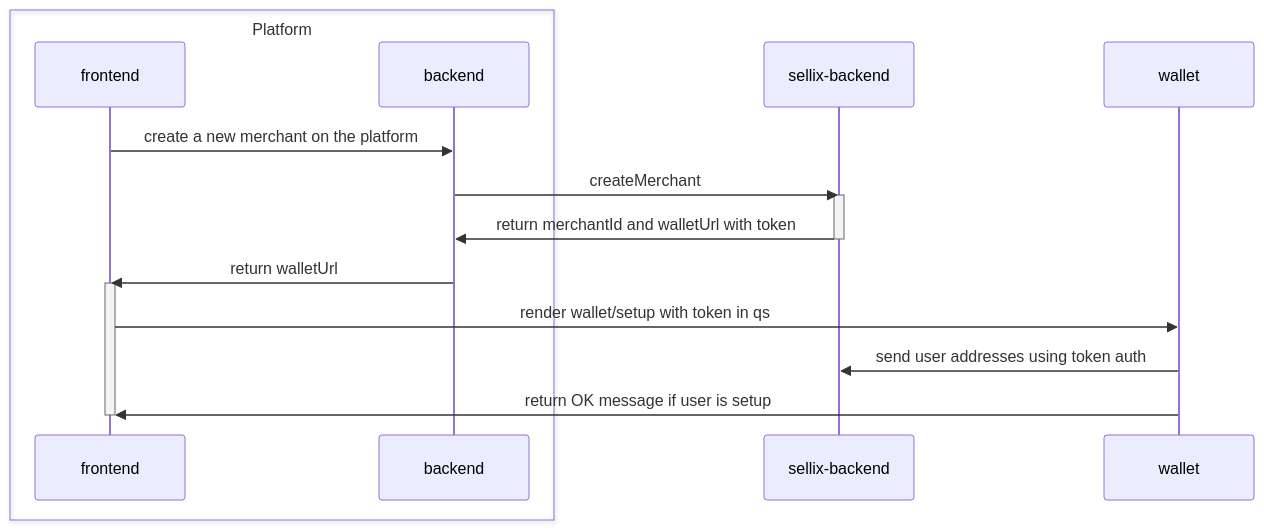
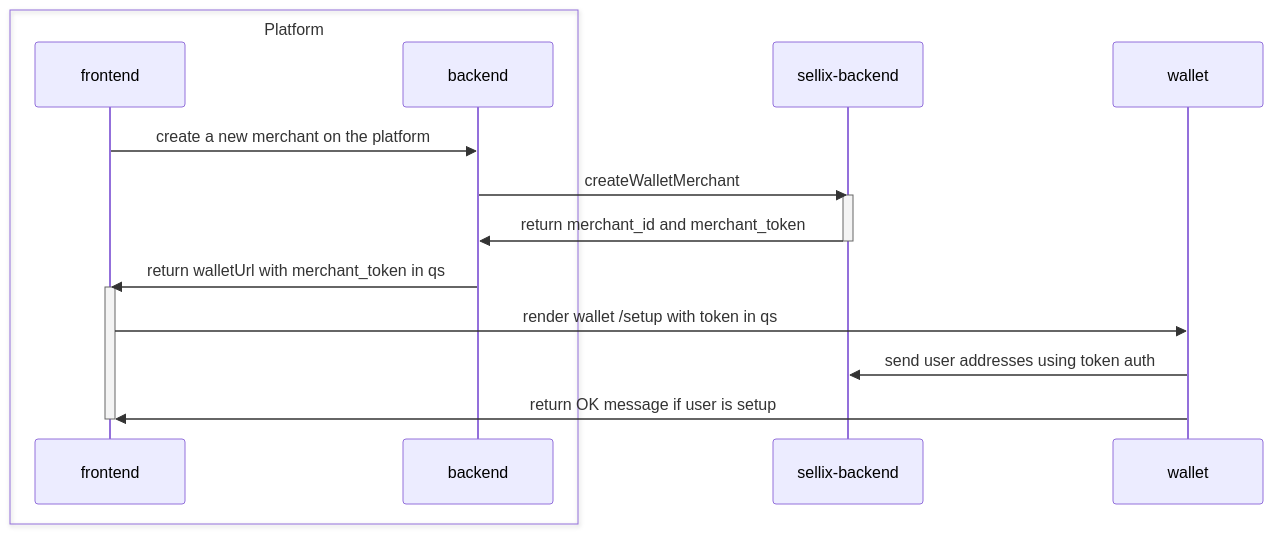
Before and after one commit to Sellix/platform-wallet-demo: the first of 3 diagrams in README.md, drawn with Mermaid. The commit also changed other lines of this file, not shown here.

````diff
--- a/README.md
+++ b/README.md
@@ -19,19 +32,18 @@
 ```mermaid
 sequenceDiagram
     box Platform
     participant frontend
     participant backend
     end
     frontend->>backend: create a new merchant on the platform
-    backend->>sellix-backend: createMerchant
+    backend->>sellix-backend: createWalletMerchant
     activate sellix-backend
-    sellix-backend->>backend: return merchantId and walletUrl with token
+    sellix-backend->>backend: return merchant_id and merchant_token
     deactivate sellix-backend
-    backend->>frontend: return walletUrl
+    backend->>frontend: return walletUrl with merchant_token in qs
     activate frontend
-    frontend->>wallet: render wallet/setup with token in qs
+    frontend->>wallet: render wallet /setup with token in qs
     wallet->>sellix-backend:  send user addresses using token auth
     wallet->>frontend: return OK message if user is setup
     deactivate frontend
-
 ```
````
